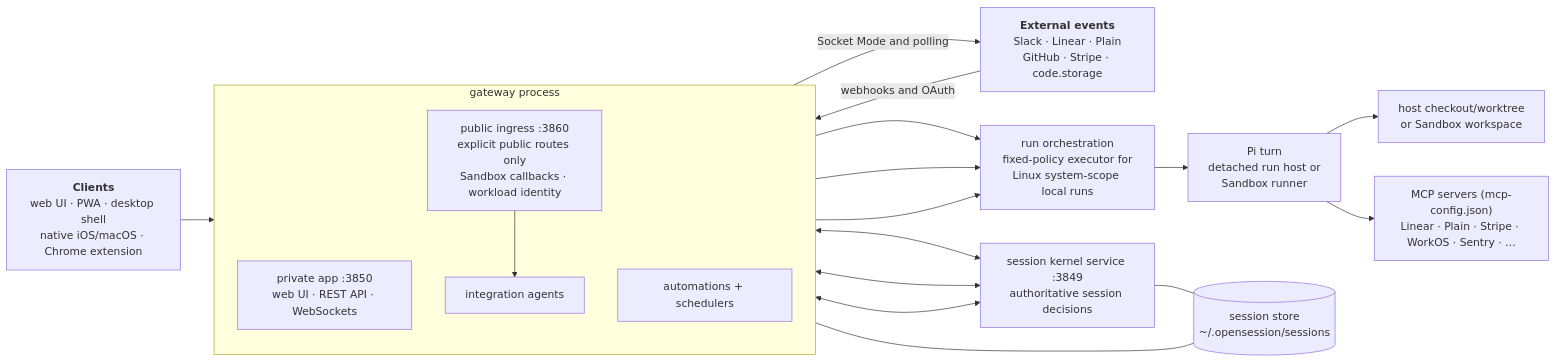
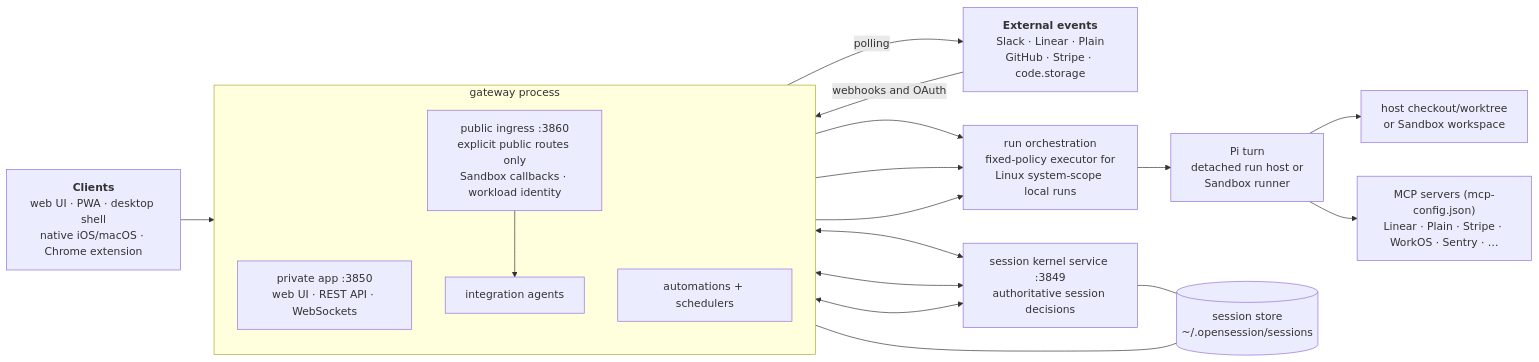
One commit to Recovr-Rehab/opensession changed the diagram in docs/setup/README.md. Above: the diagram before and after it, drawn with Mermaid. The commit also changed 13 other files, not shown here.

First line of the commit message:
Remove Slack Socket Mode from setup (#298)

````diff
--- a/docs/setup/README.md
+++ b/docs/setup/README.md
@@ -27,33 +27,33 @@
 ```mermaid
 flowchart LR
   clients["<b>Clients</b><br/>web UI · PWA · desktop shell<br/>native iOS/macOS · Chrome extension"]
   hooks["<b>External events</b><br/>Slack · Linear · Plain<br/>GitHub · Stripe · code.storage"]
 
   subgraph gateway["gateway process"]
     direction TB
     http["private app :3850<br/>web UI · REST API · WebSockets"]
     wh["public ingress :3860<br/>explicit public routes only<br/>Sandbox callbacks · workload identity"]
     agents["integration agents"]
     autos["automations + schedulers"]
     wh --> agents
   end
 
   kernel["session kernel service :3849<br/>authoritative session decisions"]
   launch["run orchestration<br/>fixed-policy executor for<br/>Linux system-scope local runs"]
   runner["Pi turn<br/>detached run host or<br/>Sandbox runner"]
 
   clients --> http
   hooks -->|webhooks and OAuth| wh
-  agents -->|Socket Mode and polling| hooks
+  agents -->|polling| hooks
   http <--> kernel
   agents <--> kernel
   autos <--> kernel
   http --> launch
   agents --> launch
   autos --> launch
   launch --> runner
   kernel --- store[("session store<br/>~/.opensession/sessions")]
   http --- store
   runner --> exec["host checkout/worktree<br/>or Sandbox workspace"]
   runner --> mcp["MCP servers (mcp-config.json)<br/>Linear · Plain · Stripe · WorkOS · Sentry · …"]
 ```
````
